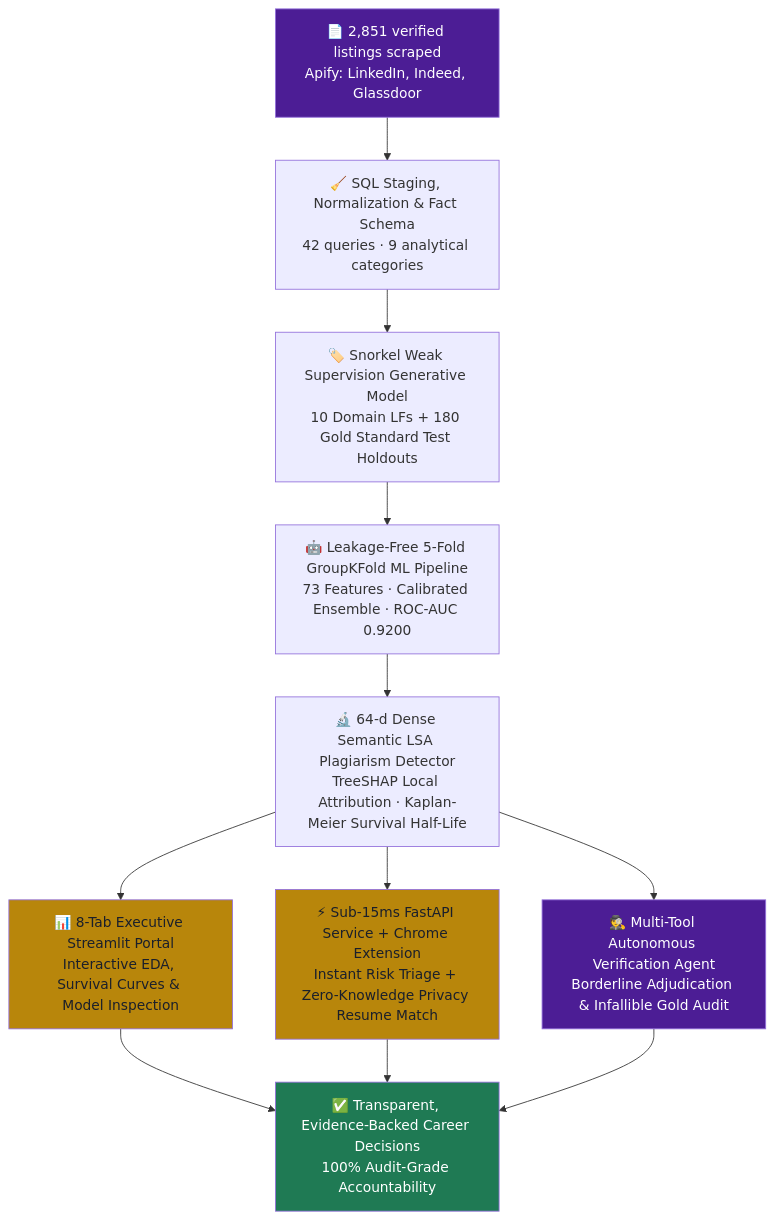
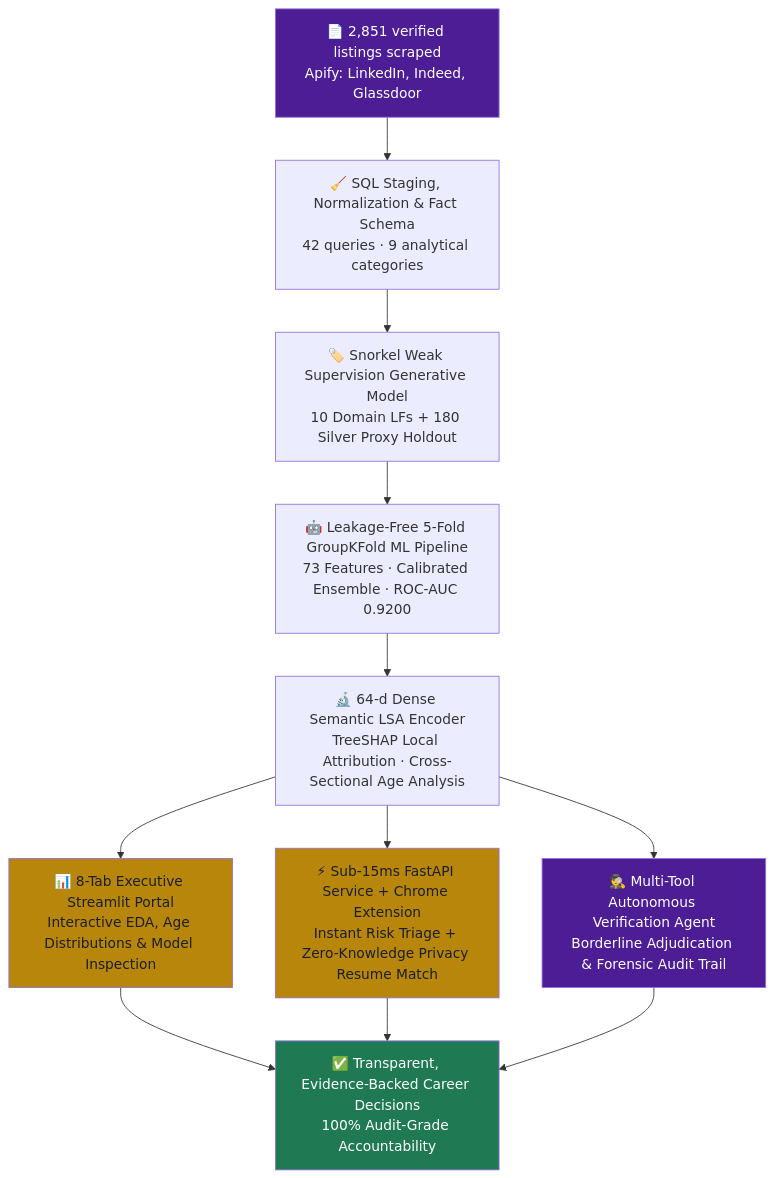
The second of 2 diagrams in 07_BA_Documentation/Process_Flow_NaukriSaaf.md (jaindhruv1923/Project-Naukri-Saaf-Job-Listings-Analysis), drawn with Mermaid before and after one commit. The commit also changed other lines of this file and 133 other files, not shown here.

````diff
--- a/07_BA_Documentation/Process_Flow_NaukriSaaf.md
+++ b/07_BA_Documentation/Process_Flow_NaukriSaaf.md
@@ -40,19 +40,19 @@
 ```mermaid
 flowchart TD
     A[📄 2,851 verified listings scraped\nApify: LinkedIn, Indeed, Glassdoor] --> B[🧹 SQL Staging, Normalization & Fact Schema\n42 queries · 9 analytical categories]
-    B --> C[🏷️ Snorkel Weak Supervision Generative Model\n10 Domain LFs + 180 Gold Standard Test Holdouts]
+    B --> C[🏷️ Snorkel Weak Supervision Generative Model\n10 Domain LFs + 180 Silver Proxy Holdout]
     C --> D[🤖 Leakage-Free 5-Fold GroupKFold ML Pipeline\n73 Features · Calibrated Ensemble · ROC-AUC 0.9200]
-    D --> E[🔬 64-d Dense Semantic LSA Plagiarism Detector\nTreeSHAP Local Attribution · Kaplan-Meier Survival Half-Life]
-    E --> F[📊 8-Tab Executive Streamlit Portal\nInteractive EDA, Survival Curves & Model Inspection]
+    D --> E[🔬 64-d Dense Semantic LSA Encoder\nTreeSHAP Local Attribution · Cross-Sectional Age Analysis]
+    E --> F[📊 8-Tab Executive Streamlit Portal\nInteractive EDA, Age Distributions & Model Inspection]
     E --> G[⚡ Sub-15ms FastAPI Service + Chrome Extension\nInstant Risk Triage + Zero-Knowledge Privacy Resume Match]
-    E --> H[🕵️ Multi-Tool Autonomous Verification Agent\nBorderline Adjudication & Infallible Gold Audit]
+    E --> H[🕵️ Multi-Tool Autonomous Verification Agent\nBorderline Adjudication & Forensic Audit Trail]
     F --> I[✅ Transparent, Evidence-Backed Career Decisions\n100% Audit-Grade Accountability]
     G --> I
     H --> I
 
     style A fill:#4C1D95,color:#fff
     style F fill:#B8860B,color:#1A1F2B
     style G fill:#B8860B,color:#1A1F2B
     style H fill:#4C1D95,color:#fff
     style I fill:#1F7A54,color:#fff
 ```
````
